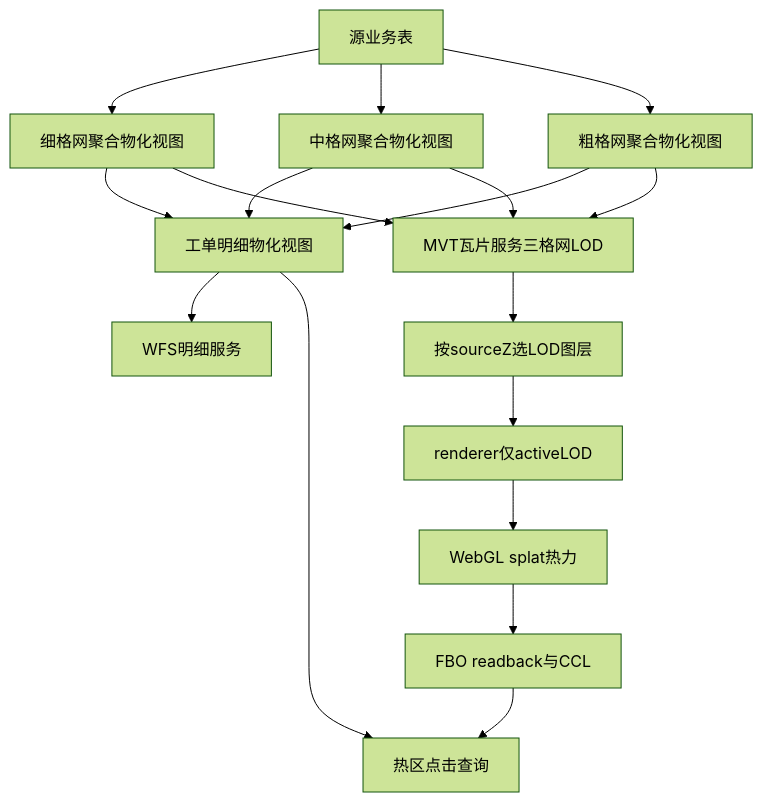
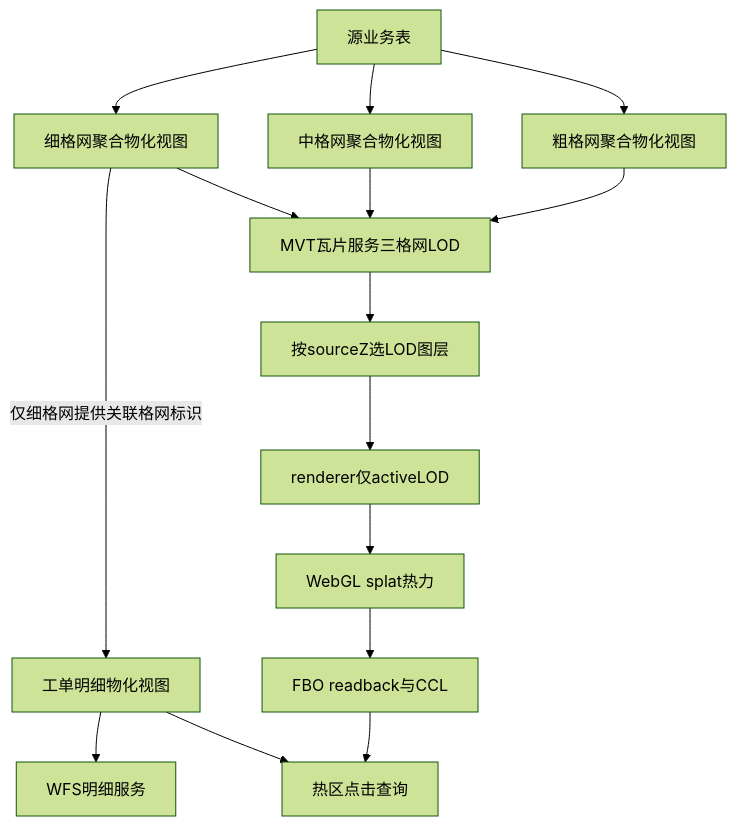
Before and after one commit to zheyi420/Dev-Wiki: the third of 6 diagrams in Blog/mvt-webgl_heatmap-ccl/百万级点数据：MVT + WebGL 热力渲染与 FBO 连通域热区工单统计.md, drawn with Mermaid (forest theme). The commit also changed other lines of this file and 2 other files, not shown here.

Commit message:
vault backup: 2026-08-26 15:53:34

````diff
--- a/Blog/mvt-webgl_heatmap-ccl/百万级点数据：MVT + WebGL 热力渲染与 FBO 连通域热区工单统计.md
+++ b/Blog/mvt-webgl_heatmap-ccl/百万级点数据：MVT + WebGL 热力渲染与 FBO 连通域热区工单统计.md
@@ -122,31 +122,29 @@
 ```mermaid
 flowchart TB
   sourceTable[源业务表]
   gridMV5[细格网聚合物化视图]
   gridMV100[中格网聚合物化视图]
   gridMV300[粗格网聚合物化视图]
   orderMV[工单明细物化视图]
   mvtService[MVT瓦片服务三格网LOD]
   wfsService[WFS明细服务]
   lodPick[按sourceZ选LOD图层]
   rendererFilter[renderer仅activeLOD]
   webglHeat[WebGL splat热力]
   cclPipeline[FBO readback与CCL]
   clickQuery[热区点击查询]
   sourceTable --> gridMV5
   sourceTable --> gridMV100
   sourceTable --> gridMV300
-  gridMV5 --> orderMV
-  gridMV100 --> orderMV
-  gridMV300 --> orderMV
+  gridMV5 -->|"仅细格网提供关联格网标识"| orderMV
   gridMV5 --> mvtService
   gridMV100 --> mvtService
   gridMV300 --> mvtService
   orderMV --> wfsService
   mvtService --> lodPick
   lodPick --> rendererFilter
   rendererFilter --> webglHeat
   webglHeat --> cclPipeline
   cclPipeline --> clickQuery
   orderMV --> clickQuery
 ```
````
